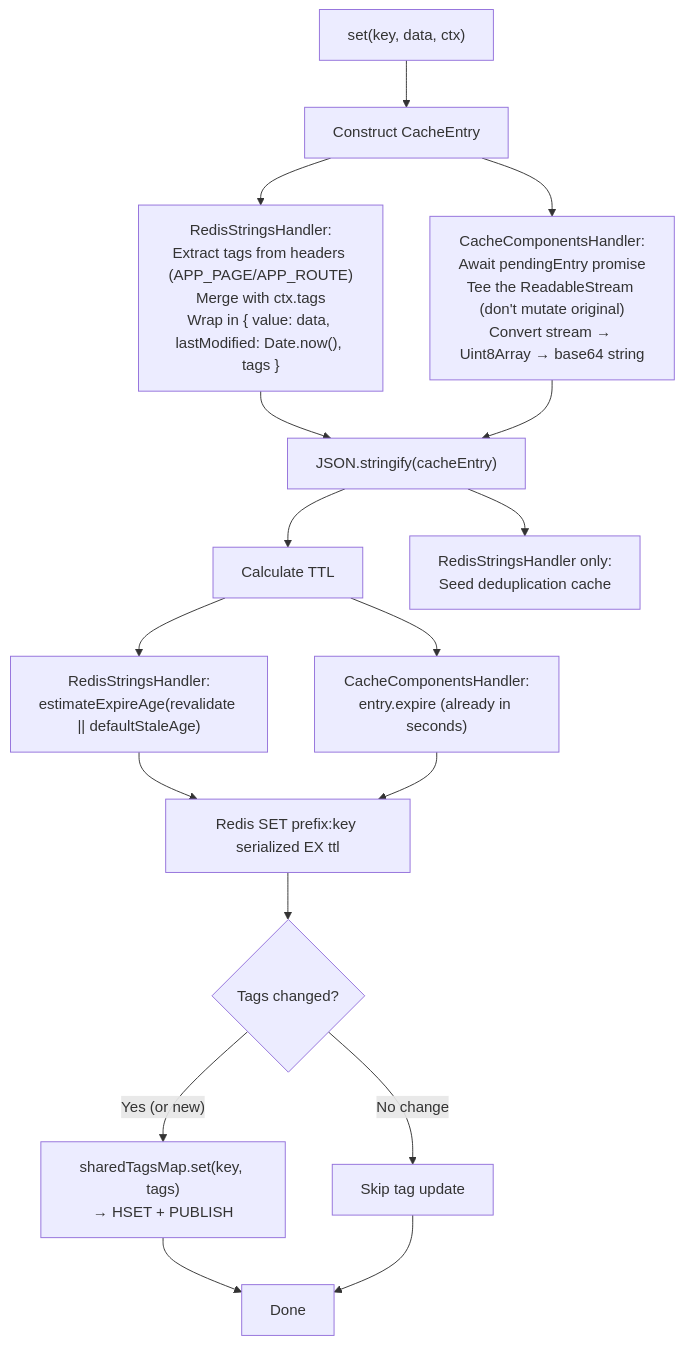
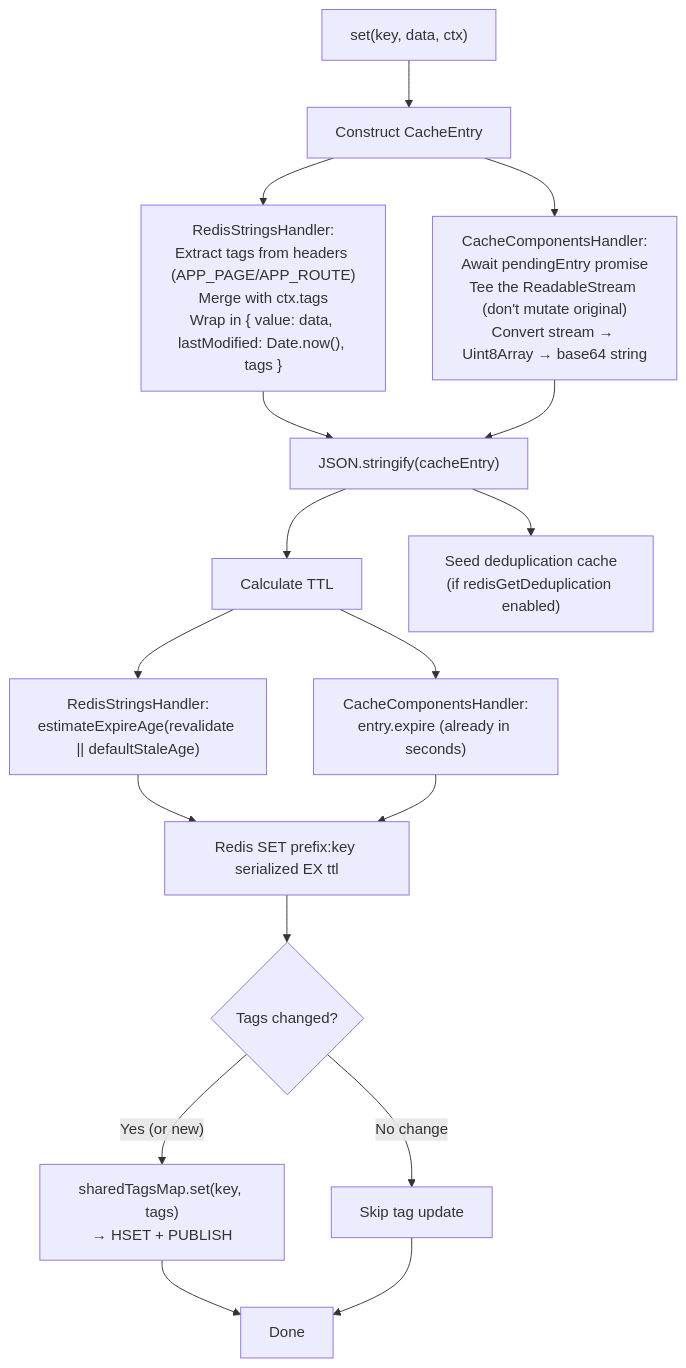
One commit to trieb-work/nextjs-turbo-redis-cache changed the seventh of 9 diagrams in ARCHITECTURE.md. Above: the diagram before and after it, drawn with Mermaid. The commit also changed other lines of this file and 262 other files, not shown here.

````diff
--- a/ARCHITECTURE.md
+++ b/ARCHITECTURE.md
@@ -292,26 +292,26 @@
 ```mermaid
 flowchart TD
     A["set(key, data, ctx)"] --> B["Construct CacheEntry"]
 
     B --> B2["RedisStringsHandler:\nExtract tags from headers (APP_PAGE/APP_ROUTE)\nMerge with ctx.tags\nWrap in { value: data, lastModified: Date.now(), tags }"]
     B --> B3["CacheComponentsHandler:\nAwait pendingEntry promise\nTee the ReadableStream (don't mutate original)\nConvert stream → Uint8Array → base64 string"]
 
     B2 --> C["JSON.stringify(cacheEntry)"]
     B3 --> C
 
     C --> D["Calculate TTL"]
     D --> D2["RedisStringsHandler:\nestimateExpireAge(revalidate || defaultStaleAge)"]
     D --> D3["CacheComponentsHandler:\nentry.expire (already in seconds)"]
 
     D2 --> E["Redis SET prefix:key serialized EX ttl"]
     D3 --> E
 
-    C --> SEED["RedisStringsHandler only:\nSeed deduplication cache"]
+    C --> SEED["Seed deduplication cache\n(if redisGetDeduplication enabled)"]
 
     E --> F{Tags changed?}
     F -->|"Yes (or new)"| G["sharedTagsMap.set(key, tags)\n→ HSET + PUBLISH"]
     F -->|"No change"| H["Skip tag update"]
 
     G --> I["Done"]
     H --> I
 ```
````
